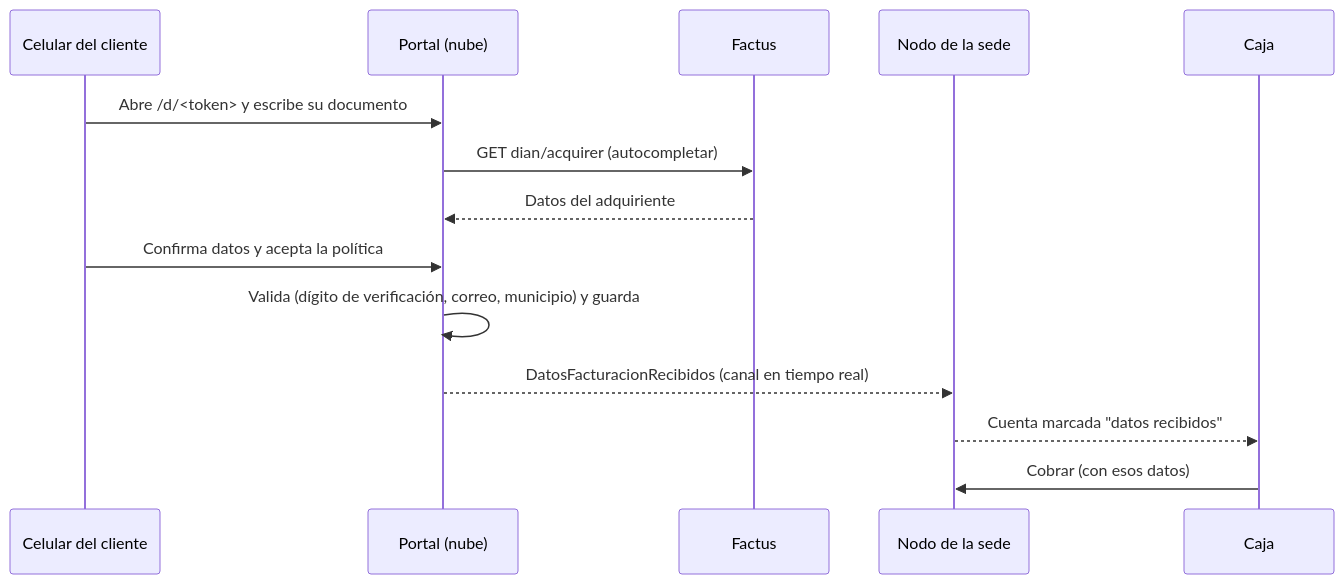
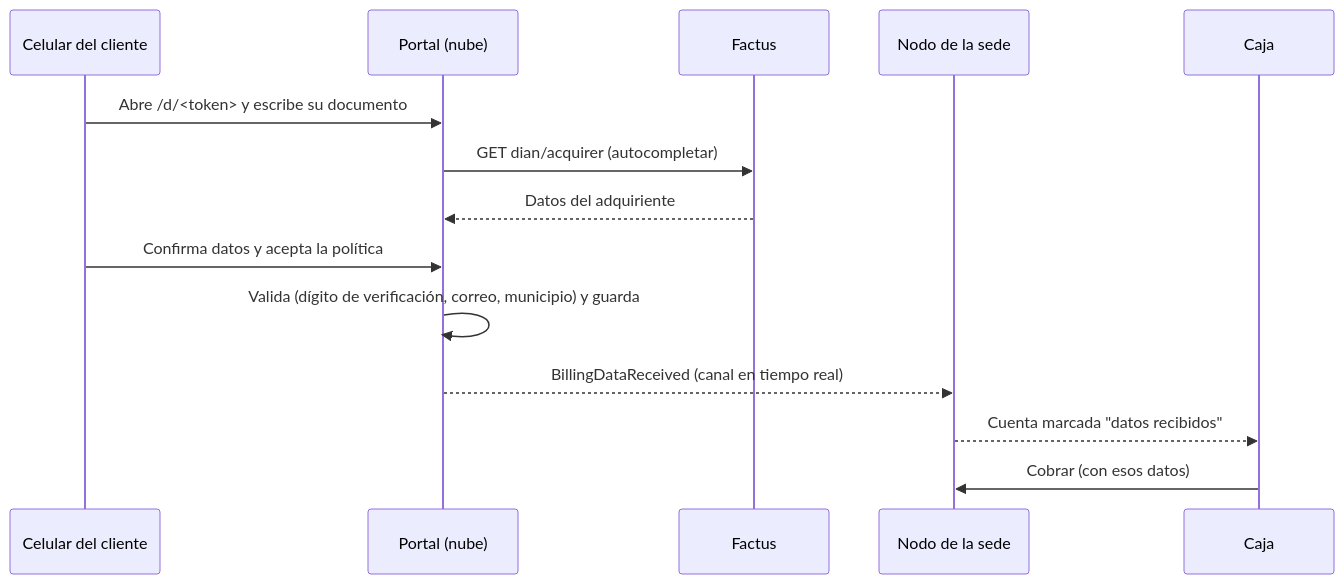
The sixth of 6 diagrams in docs/trd/TRD-00-arquitectura-base.md (CesarJOtizM/blackHole), drawn with Mermaid before and after one commit. The commit also changed other lines of this file and 159 other files, not shown here.

````diff
--- a/docs/trd/TRD-00-arquitectura-base.md
+++ b/docs/trd/TRD-00-arquitectura-base.md
@@ -641,17 +679,17 @@
 ```mermaid
 sequenceDiagram
     participant Cli as Celular del cliente
     participant Portal as Portal (nube)
     participant Factus
     participant Nodo as Nodo de la sede
     participant Caja
 
     Cli->>Portal: Abre /d/<token> y escribe su documento
     Portal->>Factus: GET dian/acquirer (autocompletar)
     Factus-->>Portal: Datos del adquiriente
     Cli->>Portal: Confirma datos y acepta la política
     Portal->>Portal: Valida (dígito de verificación, correo, municipio) y guarda
-    Portal-->>Nodo: DatosFacturacionRecibidos (canal en tiempo real)
+    Portal-->>Nodo: BillingDataReceived (canal en tiempo real)
     Nodo-->>Caja: Cuenta marcada "datos recibidos"
     Caja->>Nodo: Cobrar (con esos datos)
 ```
````
